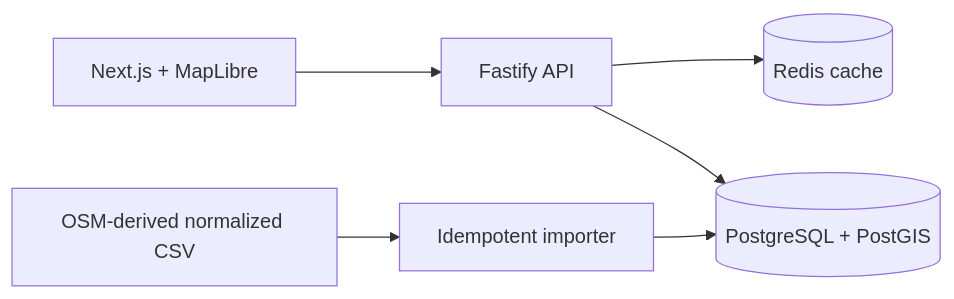
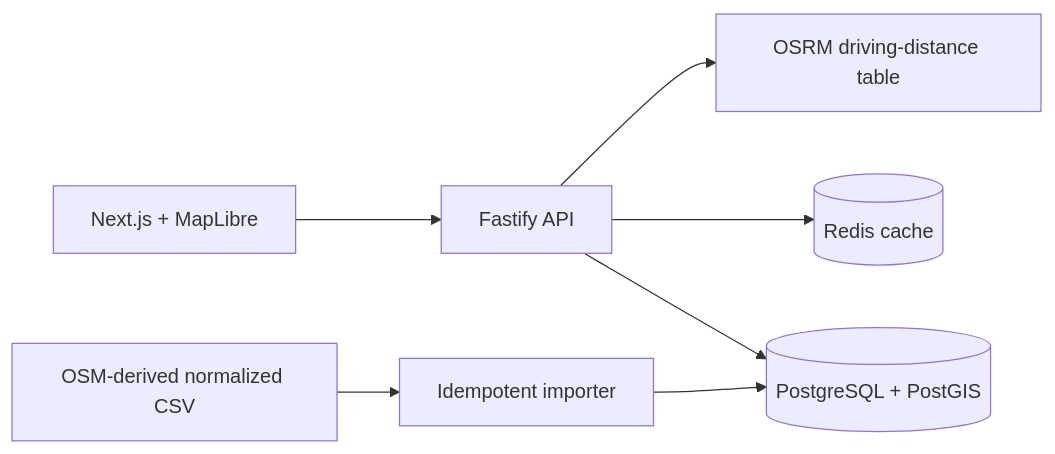
One commit to mzlatic1/location-search-platform changed the diagram in README.md. Above: the diagram before and after it, drawn with Mermaid. The commit also changed other lines of this file and 7 other files, not shown here.

````diff
--- a/README.md
+++ b/README.md
@@ -7,7 +7,8 @@
 ```mermaid
 flowchart LR
   Browser[Next.js + MapLibre] --> API[Fastify API]
+  API --> OSRM[OSRM driving-distance table]
   API --> Redis[(Redis cache)]
   API --> PG[(PostgreSQL + PostGIS)]
   CSV[OSM-derived normalized CSV] --> Importer[Idempotent importer] --> PG
 ```
````
